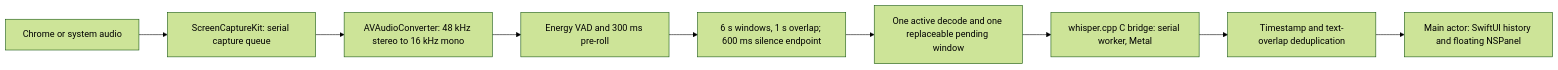
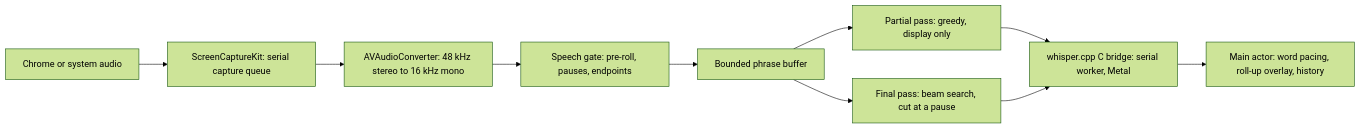
Before and after one commit to JingdaKang/soundveil: the diagram in README.md, drawn with Mermaid (forest theme). The commit also changed other lines of this file, not shown here.

````diff
--- a/README.md
+++ b/README.md
@@ -101,11 +107,12 @@
 ```mermaid
 flowchart LR
  C[Chrome or system audio] --> S[ScreenCaptureKit: serial capture queue]
  S --> R[AVAudioConverter: 48 kHz stereo to 16 kHz mono]
- R --> V[Energy VAD and 300 ms pre-roll]
- V --> W[6 s windows, 1 s overlap; 600 ms silence endpoint]
- W --> Q[One active decode and one replaceable pending window]
- Q --> M[whisper.cpp C bridge: serial worker, Metal]
- M --> D[Timestamp and text-overlap deduplication]
- D --> U[Main actor: SwiftUI history and floating NSPanel]
+ R --> V[Speech gate: pre-roll, pauses, endpoints]
+ V --> B[Bounded phrase buffer]
+ B --> P[Partial pass: greedy, display only]
+ B --> F[Final pass: beam search, cut at a pause]
+ P --> M[whisper.cpp C bridge: serial worker, Metal]
+ F --> M
+ M --> U[Main actor: word pacing, roll-up overlay, history]
 ```
````
